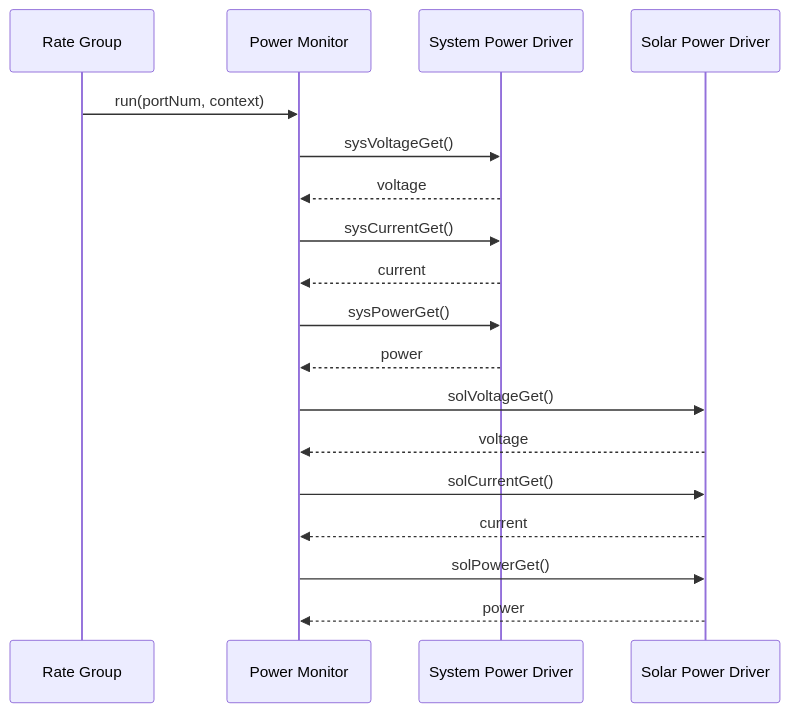
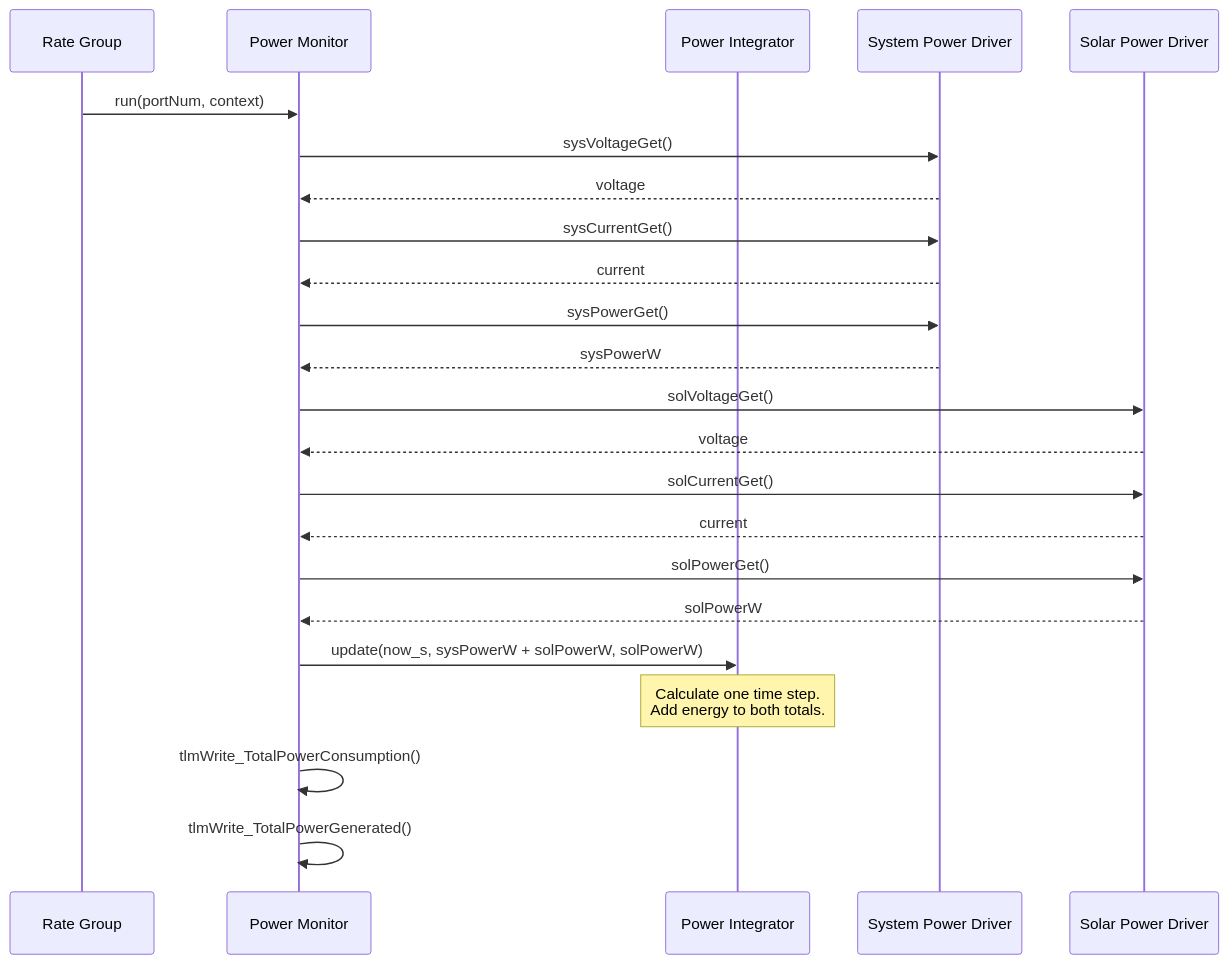
The second of 2 diagrams in PROVESFlightControllerReference/Components/PowerMonitor/docs/sdd.md (Open-Source-Space-Foundation/proves-core-reference), drawn with Mermaid before and after one commit. The commit also changed other lines of this file and 1 other file, not shown here.

First line of the commit message:
docs(PowerMonitor): document energy totals in Simplified Technical English

````diff
--- a/PROVESFlightControllerReference/Components/PowerMonitor/docs/sdd.md
+++ b/PROVESFlightControllerReference/Components/PowerMonitor/docs/sdd.md
@@ -52,27 +145,34 @@
 ```mermaid
 sequenceDiagram
     participant Rate Group
     participant Power Monitor
+    participant Power Integrator
     participant System Power Driver
     participant Solar Power Driver
 
     Rate Group->>Power Monitor: run(portNum, context)
 
     Power Monitor->>System Power Driver: sysVoltageGet()
     System Power Driver-->>Power Monitor: voltage
 
     Power Monitor->>System Power Driver: sysCurrentGet()
     System Power Driver-->>Power Monitor: current
 
     Power Monitor->>System Power Driver: sysPowerGet()
-    System Power Driver-->>Power Monitor: power
+    System Power Driver-->>Power Monitor: sysPowerW
 
     Power Monitor->>Solar Power Driver: solVoltageGet()
     Solar Power Driver-->>Power Monitor: voltage
 
     Power Monitor->>Solar Power Driver: solCurrentGet()
     Solar Power Driver-->>Power Monitor: current
 
     Power Monitor->>Solar Power Driver: solPowerGet()
-    Solar Power Driver-->>Power Monitor: power
+    Solar Power Driver-->>Power Monitor: solPowerW
+
+    Power Monitor->>Power Integrator: update(now_s, sysPowerW + solPowerW, solPowerW)
+    Note over Power Integrator: Calculate one time step.<br/>Add energy to both totals.
+
+    Power Monitor->>Power Monitor: tlmWrite_TotalPowerConsumption()
+    Power Monitor->>Power Monitor: tlmWrite_TotalPowerGenerated()
 ```
````
